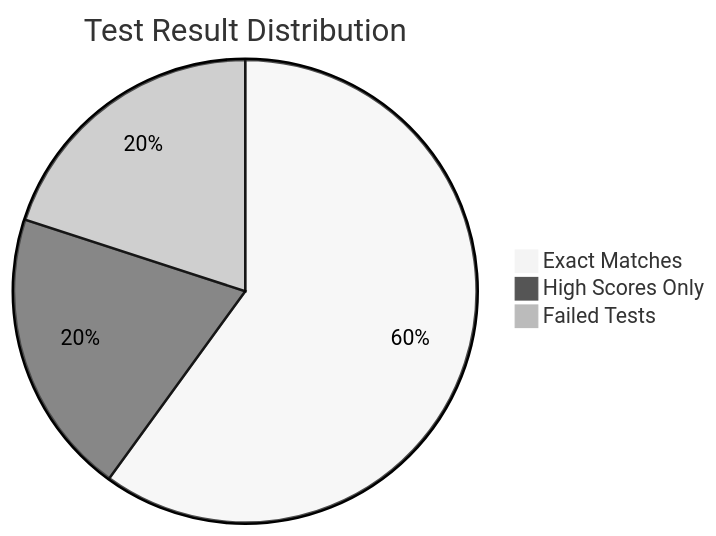
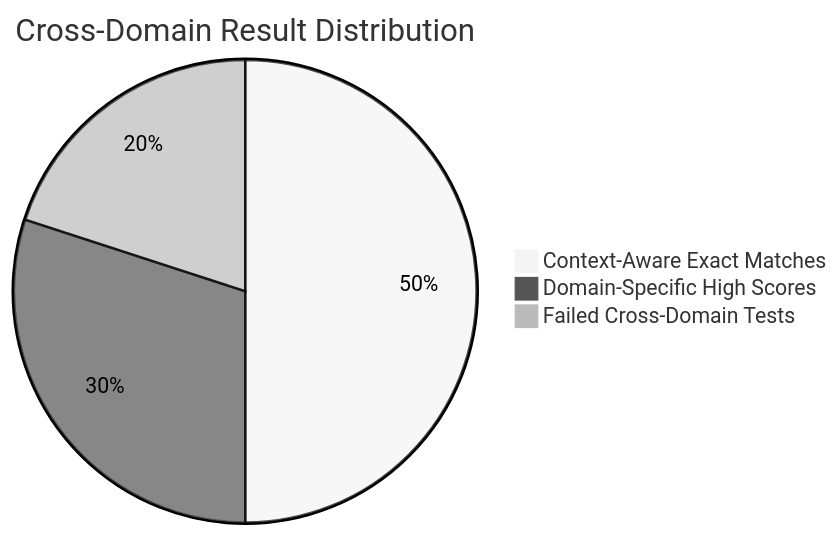
One commit to Psilocybin2K/qwen-rl changed the tenth of 12 diagrams in README.md. Above: the diagram before and after it, drawn with Mermaid (neutral theme). The commit also changed other lines of this file, not shown here.

````diff
--- a/README.md
+++ b/README.md
@@ -472,6 +493,6 @@
 ```mermaid
-pie title Test Result Distribution
-    "Exact Matches" : 60
-    "High Scores Only" : 20
-    "Failed Tests" : 20
+pie title Cross-Domain Result Distribution
+    "Context-Aware Exact Matches" : 50
+    "Domain-Specific High Scores" : 30
+    "Failed Cross-Domain Tests" : 20
 ```
````
